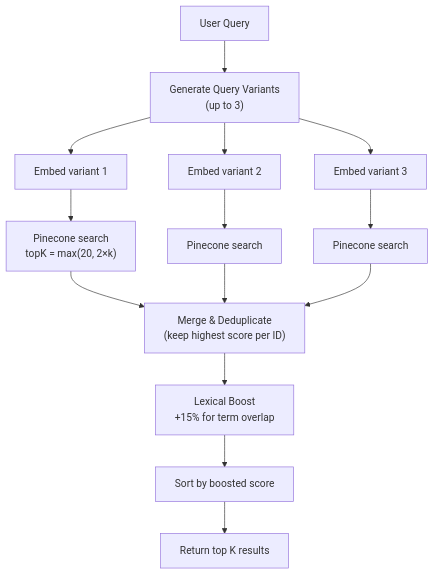
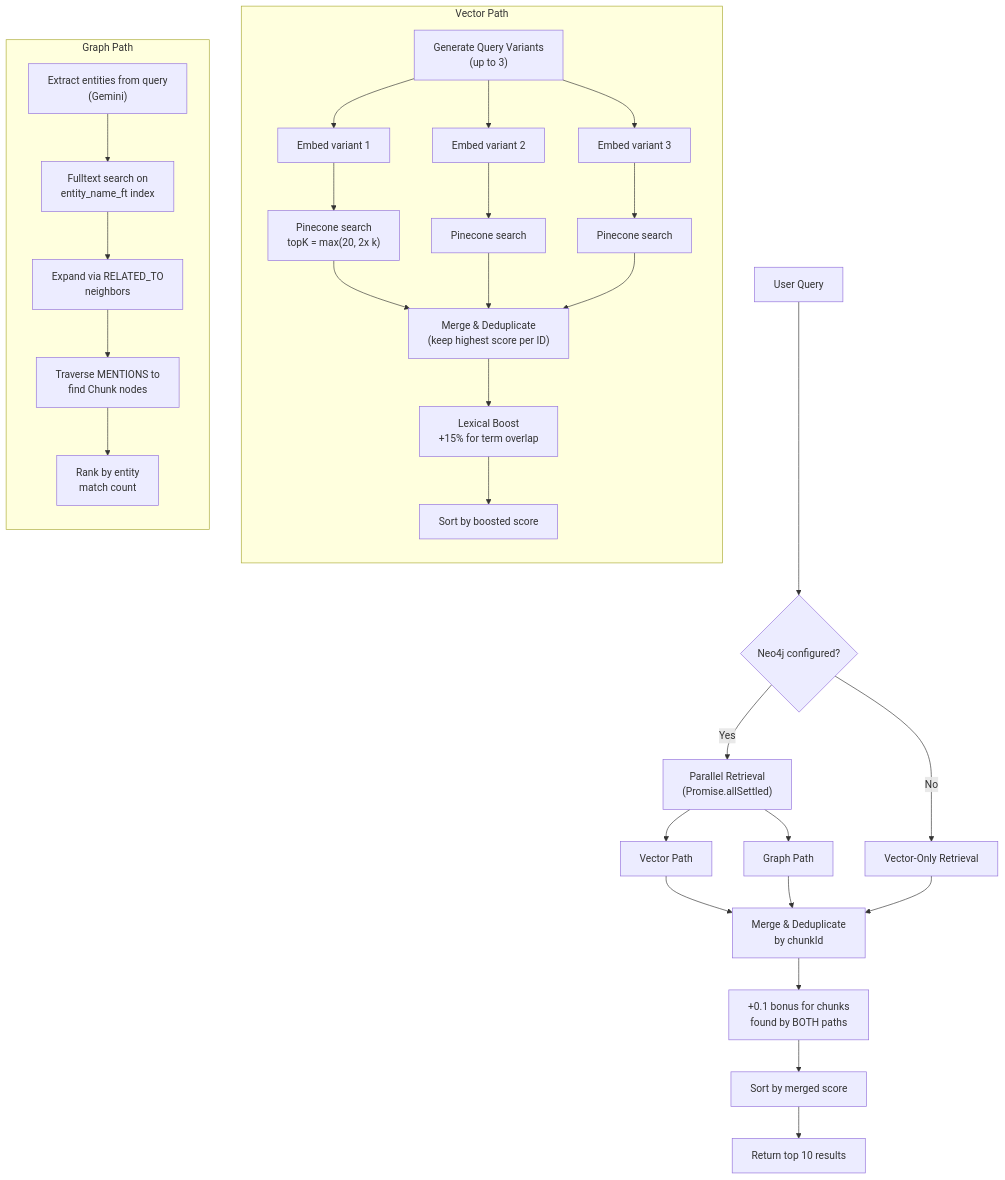
The sixth of 11 diagrams in RAG.md (hoangsonww/AI-RAG-Assistant-Chatbot), drawn with Mermaid before and after one commit. The commit also changed other lines of this file and 32 other files, not shown here.

First line of the commit message:
feat(rag): add hybrid Pinecone+Neo4j retrieval, graph ingestion, and CLI graph management

````diff
--- a/RAG.md
+++ b/RAG.md
@@ -231,16 +466,43 @@
 ```mermaid
 flowchart TD
-  Q["User Query"] --> QV["Generate Query Variants<br/>(up to 3)"]
-  QV --> E1["Embed variant 1"]
-  QV --> E2["Embed variant 2"]
-  QV --> E3["Embed variant 3"]
-  E1 --> S1["Pinecone search<br/>topK = max(20, 2×k)"]
-  E2 --> S2["Pinecone search"]
-  E3 --> S3["Pinecone search"]
-  S1 --> M["Merge & Deduplicate<br/>(keep highest score per ID)"]
-  S2 --> M
-  S3 --> M
-  M --> LB["Lexical Boost<br/>+15% for term overlap"]
-  LB --> Sort["Sort by boosted score"]
-  Sort --> Top["Return top K results"]
+  Q["User Query"] --> H{"Neo4j configured?"}
+
+  H -- Yes --> PAR["Parallel Retrieval<br/>(Promise.allSettled)"]
+  H -- No --> VEC_ONLY["Vector-Only Retrieval"]
+
+  PAR --> VP["Vector Path"]
+  PAR --> GP["Graph Path"]
+
+  subgraph VP_Detail["Vector Path"]
+    direction TB
+    QV["Generate Query Variants<br/>(up to 3)"]
+    QV --> E1["Embed variant 1"]
+    QV --> E2["Embed variant 2"]
+    QV --> E3["Embed variant 3"]
+    E1 --> S1["Pinecone search<br/>topK = max(20, 2x k)"]
+    E2 --> S2["Pinecone search"]
+    E3 --> S3["Pinecone search"]
+    S1 --> MV["Merge & Deduplicate<br/>(keep highest score per ID)"]
+    S2 --> MV
+    S3 --> MV
+    MV --> LB["Lexical Boost<br/>+15% for term overlap"]
+    LB --> SortV["Sort by boosted score"]
+  end
+
+  subgraph GP_Detail["Graph Path"]
+    direction TB
+    QE["Extract entities from query<br/>(Gemini)"]
+    QE --> FT["Fulltext search on<br/>entity_name_ft index"]
+    FT --> NB["Expand via RELATED_TO<br/>neighbors"]
+    NB --> CM["Traverse MENTIONS to<br/>find Chunk nodes"]
+    CM --> RK["Rank by entity<br/>match count"]
+  end
+
+  VP --> MR["Merge & Deduplicate<br/>by chunkId"]
+  GP --> MR
+  VEC_ONLY --> MR
+
+  MR --> BONUS["+0.1 bonus for chunks<br/>found by BOTH paths"]
+  BONUS --> SORT["Sort by merged score"]
+  SORT --> TOP["Return top 10 results"]
 ```
````
